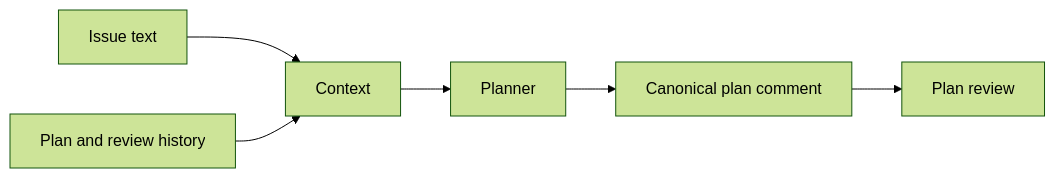
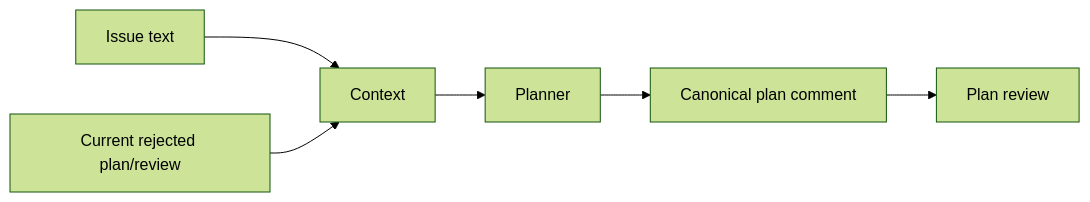
One commit to HomericIntelligence/Hephaestus changed the fifth of 16 diagrams in docs/architecture.md. Above: the diagram before and after it, drawn with Mermaid (forest theme). The commit also changed other lines of this file and 9 other files, not shown here.

Commit message:
fix(automation): bound plan-loop revision context (#2443)

````diff
--- a/docs/architecture.md
+++ b/docs/architecture.md
@@ -706,7 +707,7 @@
 ```mermaid
 flowchart LR
     Issue["Issue text"] --> Context
-    History["Plan and review history"] --> Context
+    History["Current rejected plan/review"] --> Context
     Context --> Planner --> Canonical["Canonical plan comment"]
     Canonical --> PlanReview["Plan review"]
 ```
````
